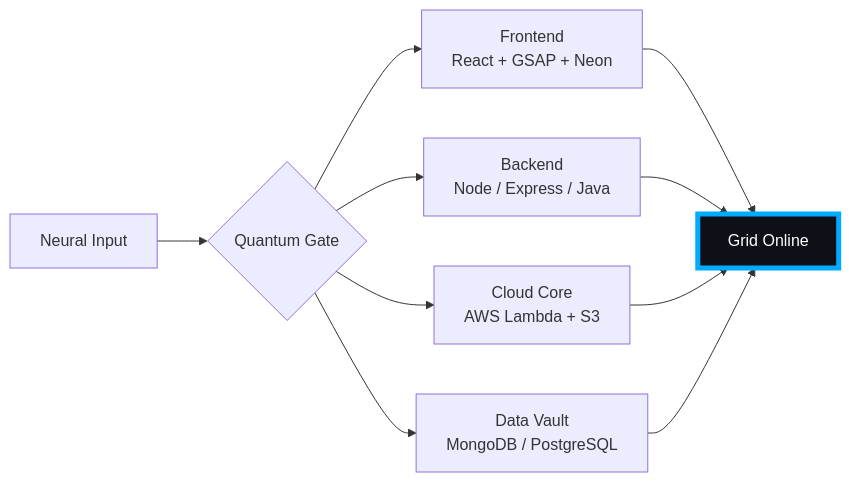
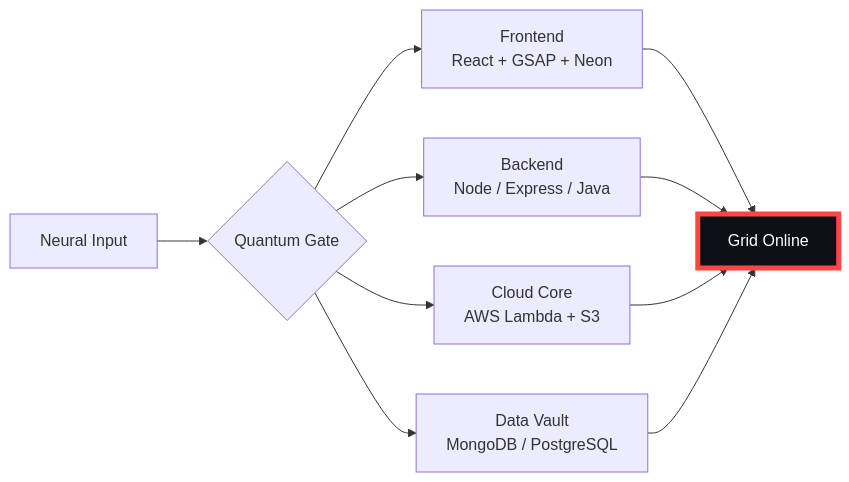
One commit to pendemvamsi/pendemvamsi changed the diagram in README.md. Above: the diagram before and after it, drawn with Mermaid. The commit also changed other lines of this file and 1 other file, not shown here.

````diff
--- a/README.md
+++ b/README.md
@@ -32,10 +32,10 @@
 ```mermaid
 flowchart LR
     U[Neural Input] --> G{Quantum Gate}
     G --> F[Frontend<br>React + GSAP + Neon]
     G --> B[Backend<br>Node / Express / Java]
     G --> C[Cloud Core<br>AWS Lambda + S3]
     G --> D[Data Vault<br>MongoDB / PostgreSQL]
     F & B & C & D --> O[Grid Online]
-    style O fill:#0d1117,stroke:#00AAFF,stroke-width:5px,color:#fff
+    style O fill:#0d1117,stroke:#FF4444,stroke-width:5px,color:#fff
 ```
````
